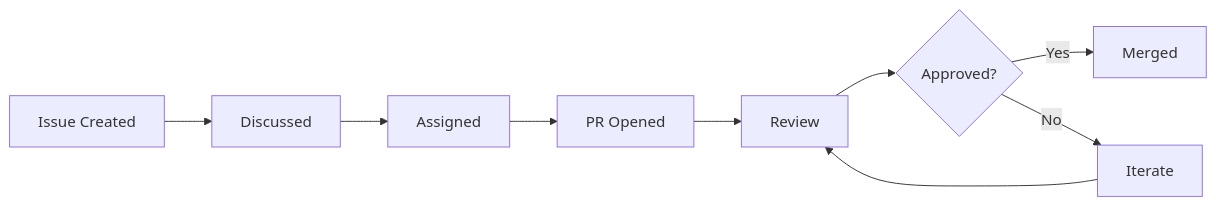
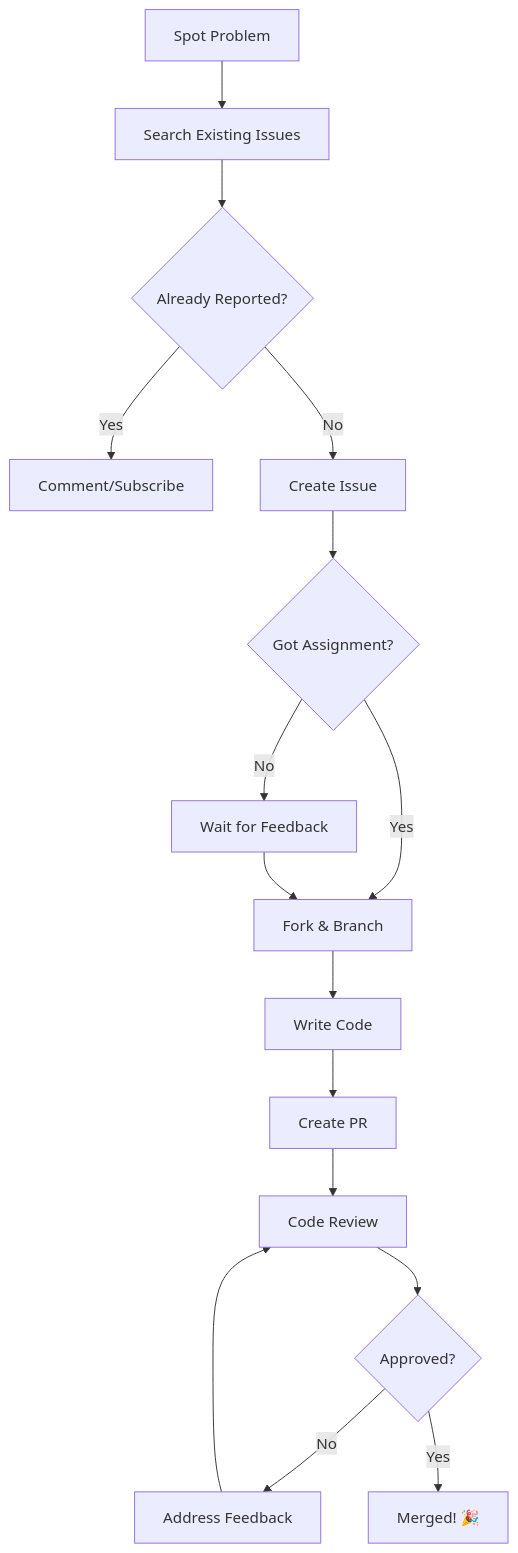
Before and after one commit to algosourceio/algosource-docs: the first of 3 diagrams in content/docs/04_issues-prs/4a_index.mdx, drawn with Mermaid. The commit also changed other lines of this file and 68 other files, not shown here.

````diff
--- a/content/docs/04_issues-prs/4a_index.mdx
+++ b/content/docs/04_issues-prs/4a_index.mdx
@@ -12,11 +16,18 @@
 ```mermaid
-flowchart LR
-    A[Issue Created] --> B[Discussed]
-    B --> C[Assigned]
-    C --> D[PR Opened]
-    D --> E[Review]
-    E --> F{Approved?}
-    F -->|Yes| G[Merged]
-    F -->|No| H[Iterate]
-    H --> E
+flowchart TD
+    A[Spot Problem] --> B[Search Existing Issues]
+    B --> C{Already Reported?}
+    C -->|Yes| D[Comment/Subscribe]
+    C -->|No| E[Create Issue]
+    E --> F{Got Assignment?}
+    F -->|Yes| G[Fork & Branch]
+    F -->|No| H[Wait for Feedback]
+    H --> G
+    G --> I[Write Code]
+    I --> J[Create PR]
+    J --> K[Code Review]
+    K --> L{Approved?}
+    L -->|No| M[Address Feedback]
+    M --> K
+    L -->|Yes| N[Merged! 🎉]
 ```
````
